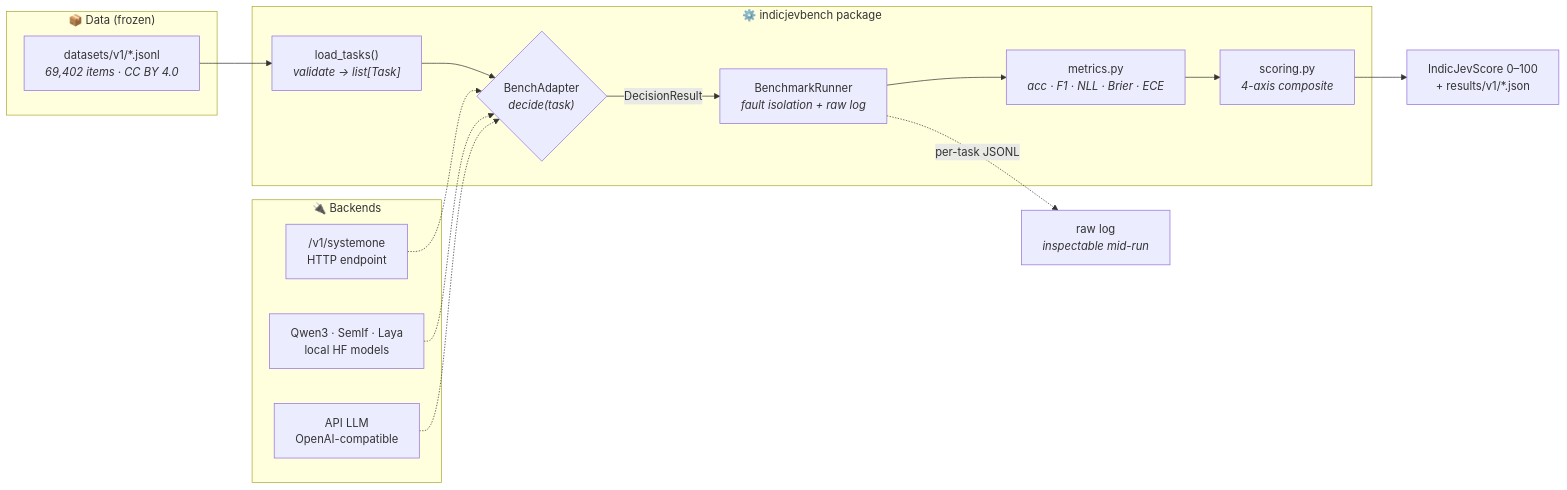
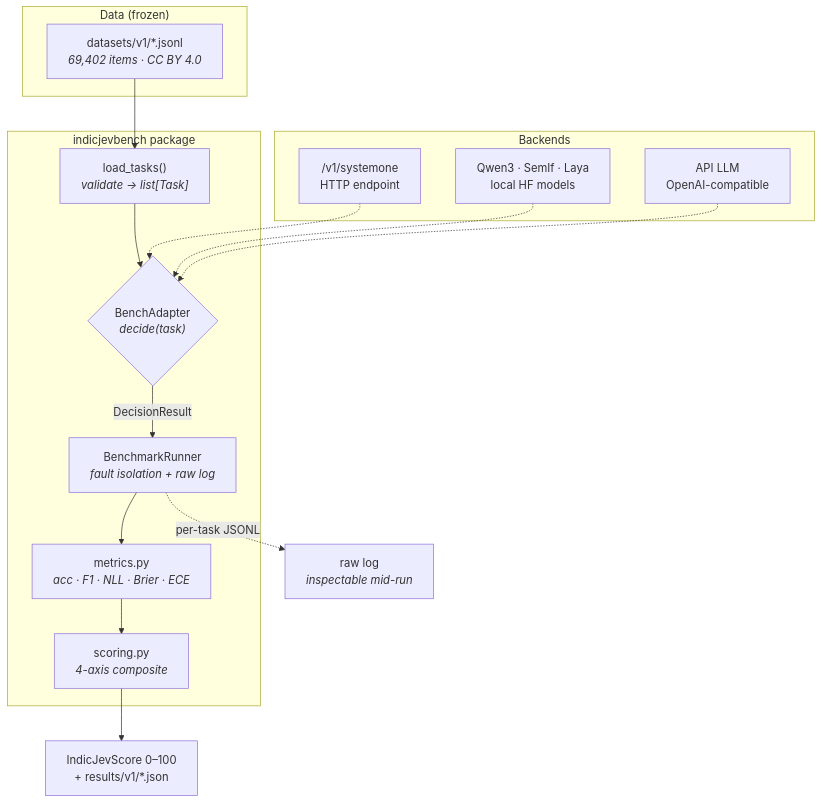
Before and after one commit to CMUL8/IndicJevBench: the diagram in README.md, drawn with Mermaid. The commit also changed other lines of this file and 1 other file, not shown here.

First line of the commit message:
docs: drop emojis, top-down diagrams, cut redundant scoring diagram

````diff
--- a/README.md
+++ b/README.md
@@ -28,27 +28,27 @@
 ```mermaid
-flowchart LR
-    subgraph data["📦 Data (frozen)"]
+flowchart TD
+    subgraph data["Data (frozen)"]
         A["datasets/v1/*.jsonl<br/><i>69,402 items · CC BY 4.0</i>"]
     end
 
-    subgraph harness["⚙️ indicjevbench package"]
+    subgraph harness["indicjevbench package"]
         B["load_tasks()<br/><i>validate → list[Task]</i>"]
         C{"BenchAdapter<br/><i>decide(task)</i>"}
         D["BenchmarkRunner<br/><i>fault isolation + raw log</i>"]
         E["metrics.py<br/><i>acc · F1 · NLL · Brier · ECE</i>"]
         F["scoring.py<br/><i>4-axis composite</i>"]
     end
 
-    subgraph backends["🔌 Backends"]
+    subgraph backends["Backends"]
         G["/v1/systemone<br/>HTTP endpoint"]
         H["Qwen3 · SemIf · Laya<br/>local HF models"]
         I["API LLM<br/>OpenAI-compatible"]
     end
 
     OUT["IndicJevScore 0–100<br/>+ results/v1/*.json"]
 
     A --> B --> C
     G & H & I -.-> C
     C -->|DecisionResult| D --> E --> F --> OUT
     D -.->|per-task JSONL| R["raw log<br/><i>inspectable mid-run</i>"]
 ```
````
